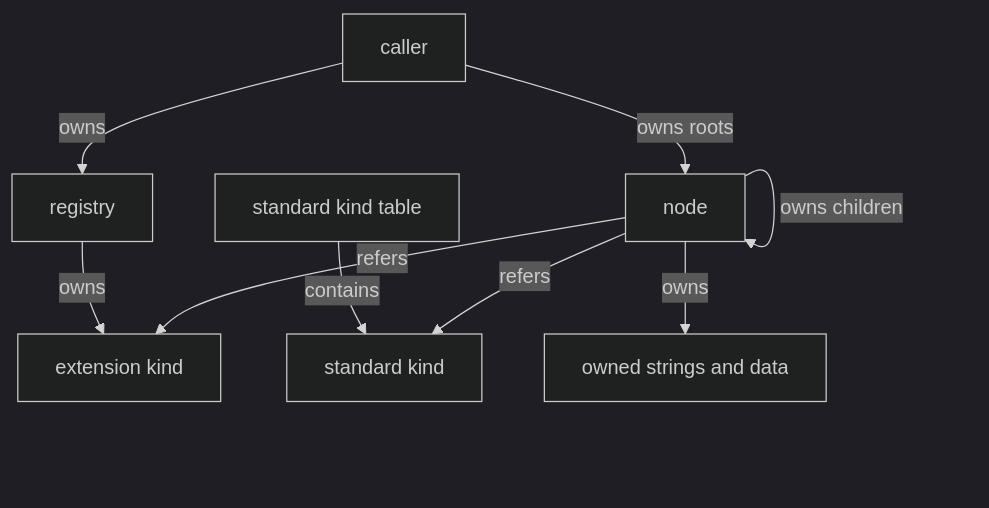
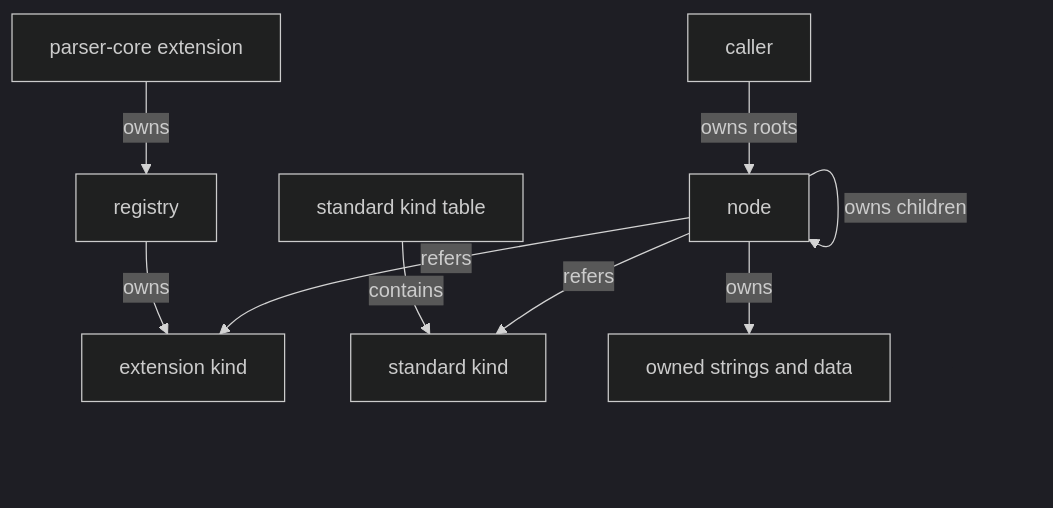
The fourth of 4 diagrams in .kiro/specs/node-tree/design.md (ktdevx/amark-private3), drawn with Mermaid (dark theme) before and after one commit. The commit also changed other lines of this file and 28 other files, not shown here.

````diff
--- a/.kiro/specs/node-tree/design.md
+++ b/.kiro/specs/node-tree/design.md
@@ -775,11 +774,11 @@
 ```mermaid
 graph TB
     Registry[registry] -->|owns| ExtKind[extension kind]
     StdTable[standard kind table] -->|contains| StdKind[standard kind]
     Node[node] -->|refers| ExtKind
     Node -->|refers| StdKind
     Node -->|owns| Values[owned strings and data]
     Node -->|owns children| Node
     Caller[caller] -->|owns roots| Node
-    Caller -->|owns| Registry
+    Extension[parser-core extension] -->|owns| Registry
 ```
````
